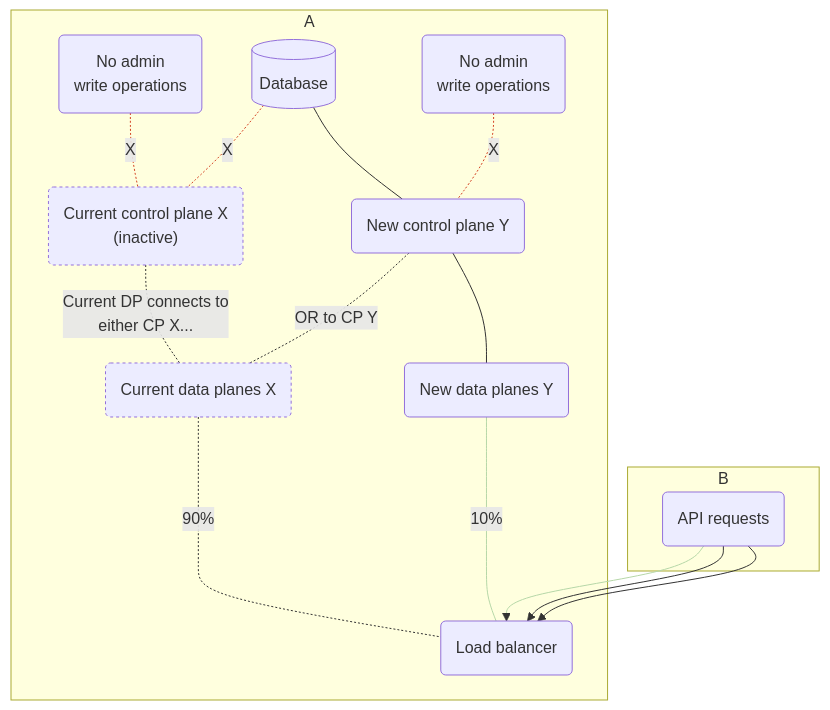
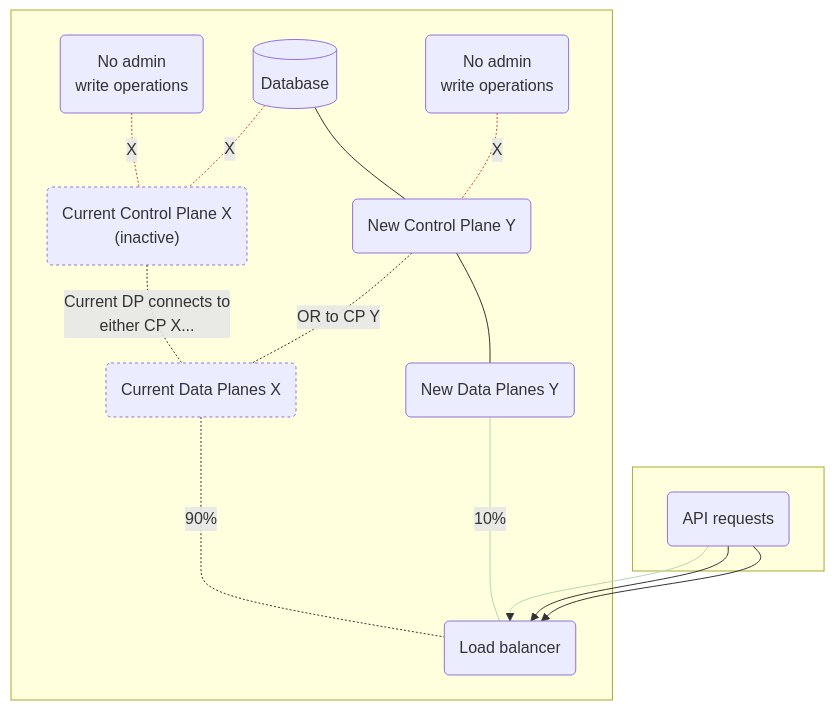
Before and after one commit to Kong/developer.konghq.com: the fourth of 4 diagrams in app/_includes/upgrade/hybrid.md, drawn with Mermaid. The commit also changed other lines of this file and 7 other files, not shown here.

```diff
--- a/app/_includes/upgrade/hybrid.md
+++ b/app/_includes/upgrade/hybrid.md
@@ -151,34 +152,34 @@
 {% mermaid %}
 flowchart 
     DBA[(Database)]
-    CPX(Current control plane X \n #40;inactive#41;)
-    CPY(New control plane Y)
-    DPX(Current data planes X)
-    DPY(New data planes Y)
+    CPX(Current Control Plane X \n #40;inactive#41;)
+    CPY(New Control Plane Y)
+    DPX(Current Data Planes X)
+    DPY(New Data Planes Y)
     API(API requests)
     LB(Load balancer)
     Admin(No admin \n write operations)
     Admin2(No admin \n write operations)
 
-    subgraph A
+    subgraph A [ ]
         Admin -.X.- CPX
         DBA -.X.- CPX
         DBA --- CPY
         CPX -."Current DP connects to \neither CP X...".- DPX
         Admin2 -.X.- CPY
         CPY -."OR to CP Y".- DPX -.90%..- LB
         CPY --- DPY --10%---- LB 
     end
-    subgraph B
+    subgraph B [ ]
         API --> LB & LB & LB
     end
 
     linkStyle 0,1,4 stroke:#d44324!important,color:#d44324!important
     linkStyle 8,9 stroke:#b6d7a8!important
     style CPX stroke-dasharray:3,stroke:#c1c6cdff!important
     style DPX stroke-dasharray:3
     style A stroke:none!important,color:#fff!important
     style B stroke:none!important,color:#fff!important
     style Admin fill:none!important,stroke:none!important,color:#d44324!important
     style Admin2 fill:none!important,stroke:none!important,color:#d44324!important
 {% endmermaid %}
```
